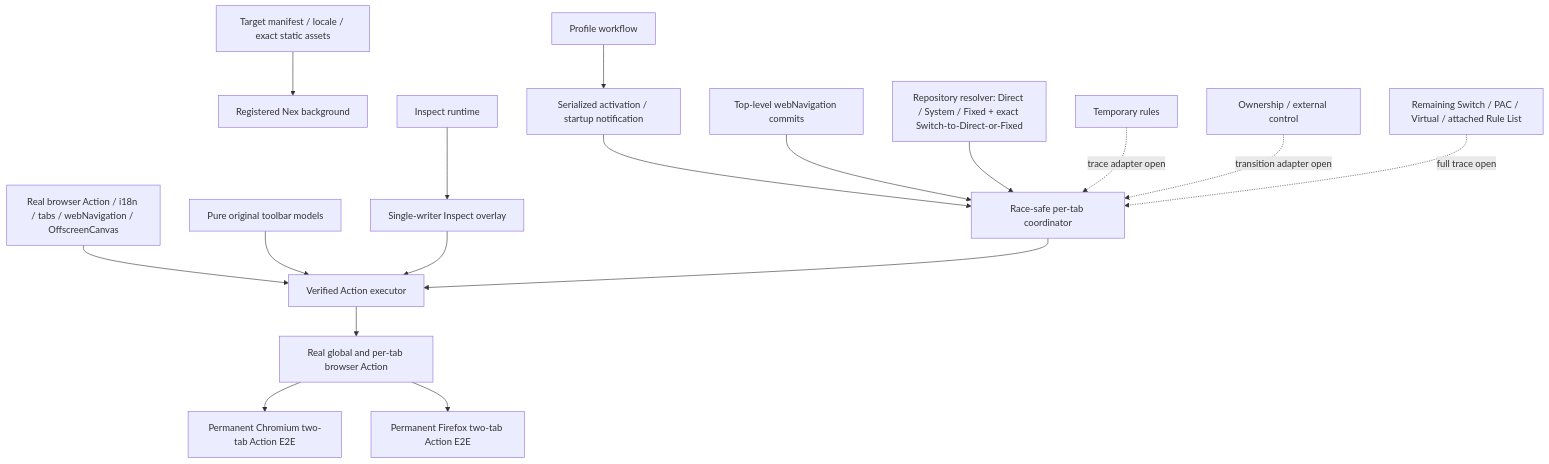
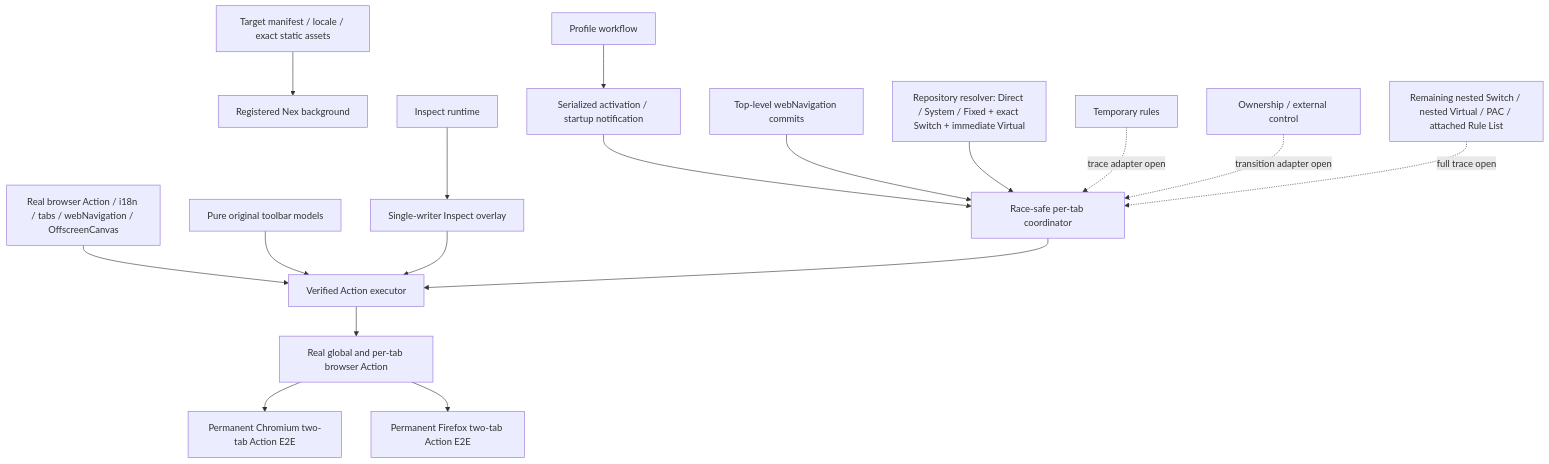
One commit to ChriX-Goh/ZeroOmega-Nex changed the second of 2 diagrams in docs/DELIVERY_ORDER_01_TOOLBAR_STATE.md. Above: the diagram before and after it, drawn with Mermaid. The commit also changed other lines of this file and 8 other files, not shown here.

````diff
--- a/docs/DELIVERY_ORDER_01_TOOLBAR_STATE.md
+++ b/docs/DELIVERY_ORDER_01_TOOLBAR_STATE.md
@@ -148,19 +149,19 @@
 ```mermaid
 graph TD
   M[Target manifest / locale / exact static assets] --> B[Registered Nex background]
   API[Real browser Action / i18n / tabs / webNavigation / OffscreenCanvas] --> EXEC[Verified Action executor]
   PURE[Pure original toolbar models] --> EXEC
   WF[Profile workflow] --> NOTICE[Serialized activation / startup notification]
   NOTICE --> COORD[Race-safe per-tab coordinator]
   NAV[Top-level webNavigation commits] --> COORD
-  RES[Repository resolver: Direct / System / Fixed + exact Switch-to-Direct-or-Fixed] --> COORD
+  RES[Repository resolver: Direct / System / Fixed + exact Switch + immediate Virtual] --> COORD
   INSPECT[Inspect runtime] --> OVERLAY[Single-writer Inspect overlay]
   OVERLAY --> EXEC
   COORD --> EXEC
   EXEC --> ACTION[Real global and per-tab browser Action]
   ACTION --> CHROME[Permanent Chromium two-tab Action E2E]
   ACTION --> FIREFOX[Permanent Firefox two-tab Action E2E]
   TEMP[Temporary rules] -. trace adapter open .-> COORD
   OWN[Ownership / external control] -. transition adapter open .-> COORD
-  INCLUSIVE[Remaining Switch / PAC / Virtual / attached Rule List] -. full trace open .-> COORD
+  INCLUSIVE[Remaining nested Switch / nested Virtual / PAC / attached Rule List] -. full trace open .-> COORD
 ```
````
